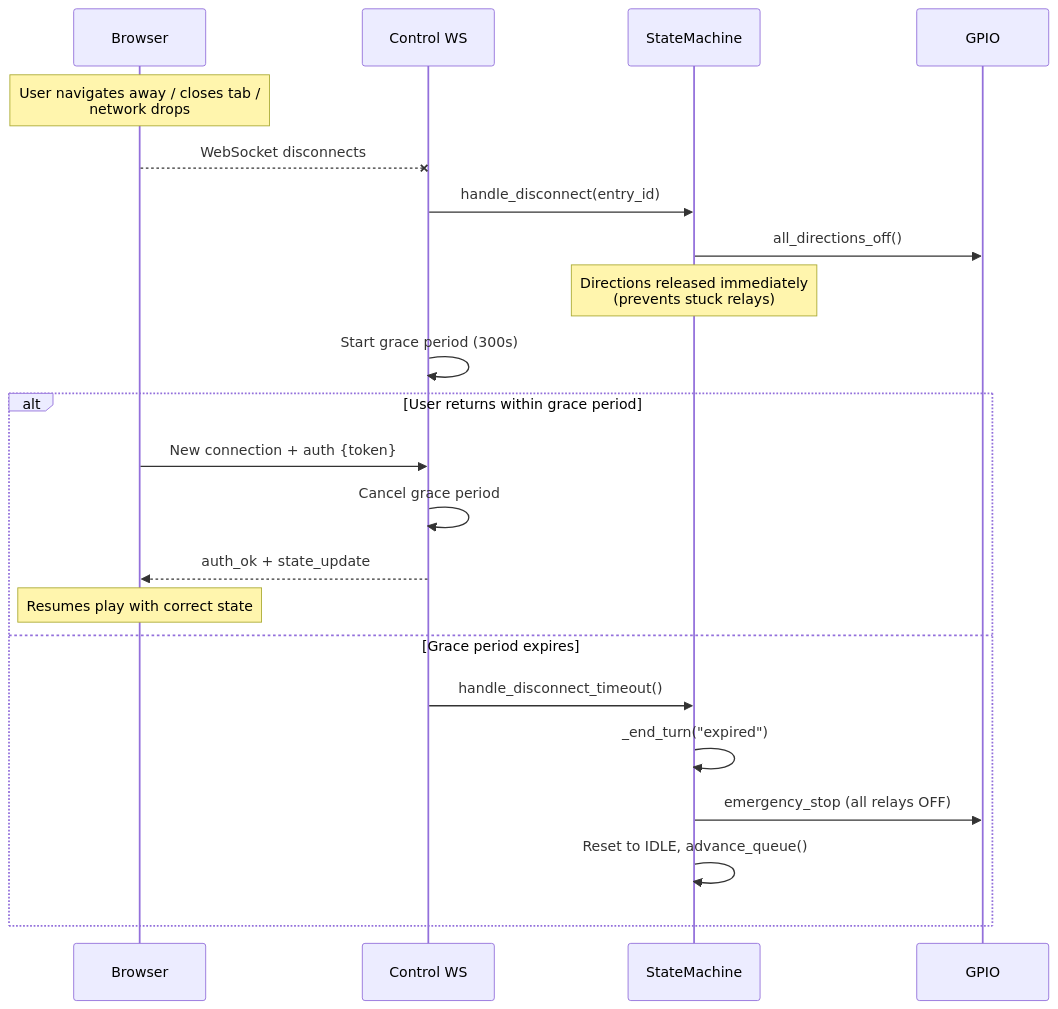
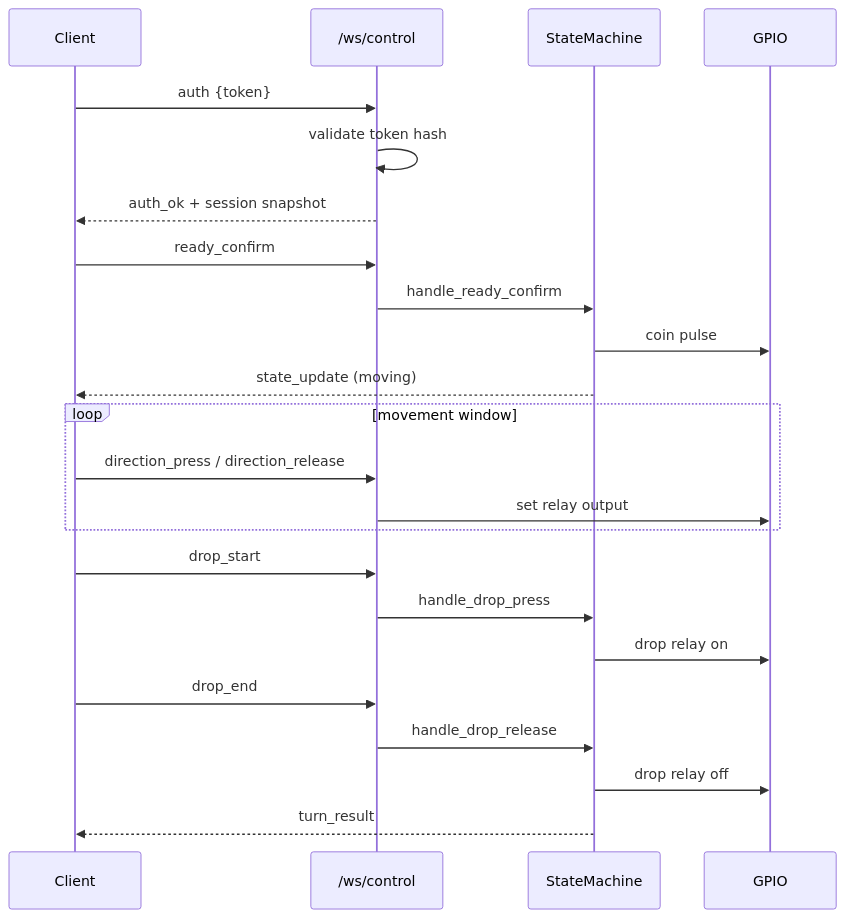
The fourth of 4 diagrams in docs/queue-flow.md (morroware/ECLAW), drawn with Mermaid before and after one commit. The commit also changed other lines of this file and 3 other files, not shown here.

Commit message:
docs: refresh core documentation and flow references

````diff
--- a/docs/queue-flow.md
+++ b/docs/queue-flow.md
@@ -355,28 +89,30 @@
 ```mermaid
 sequenceDiagram
-    participant B as Browser
-    participant WS as Control WS
-    participant SM as StateMachine
-    participant HW as GPIO
+    participant C as Client
+    participant W as /ws/control
+    participant S as StateMachine
+    participant G as GPIO
 
-    Note over B: User navigates away / closes tab /<br/>network drops
+    C->>W: auth {token}
+    W->>W: validate token hash
+    W-->>C: auth_ok + session snapshot
 
-    B--xWS: WebSocket disconnects
+    C->>W: ready_confirm
+    W->>S: handle_ready_confirm
+    S->>G: coin pulse
+    S-->>C: state_update (moving)
 
-    WS->>SM: handle_disconnect(entry_id)
-    SM->>HW: all_directions_off()
-    Note over SM: Directions released immediately<br/>(prevents stuck relays)
-    WS->>WS: Start grace period (300s)
+    loop movement window
+        C->>W: direction_press / direction_release
+        W->>G: set relay output
+    end
 
-    alt User returns within grace period
-        B->>WS: New connection + auth {token}
-        WS->>WS: Cancel grace period
-        WS-->>B: auth_ok + state_update
-        Note over B: Resumes play with correct state
-    else Grace period expires
-        WS->>SM: handle_disconnect_timeout()
-        SM->>SM: _end_turn("expired")
-        SM->>HW: emergency_stop (all relays OFF)
-        SM->>SM: Reset to IDLE, advance_queue()
-    end
+    C->>W: drop_start
+    W->>S: handle_drop_press
+    S->>G: drop relay on
+    C->>W: drop_end
+    W->>S: handle_drop_release
+    S->>G: drop relay off
+
+    S-->>C: turn_result
 ```
````
